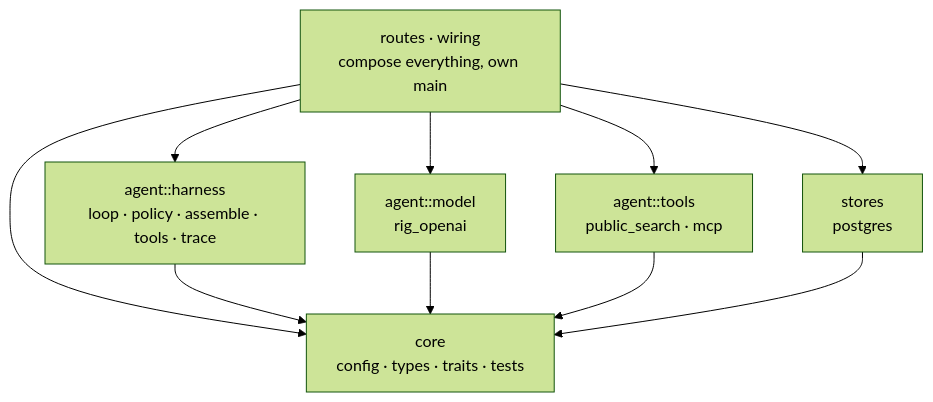
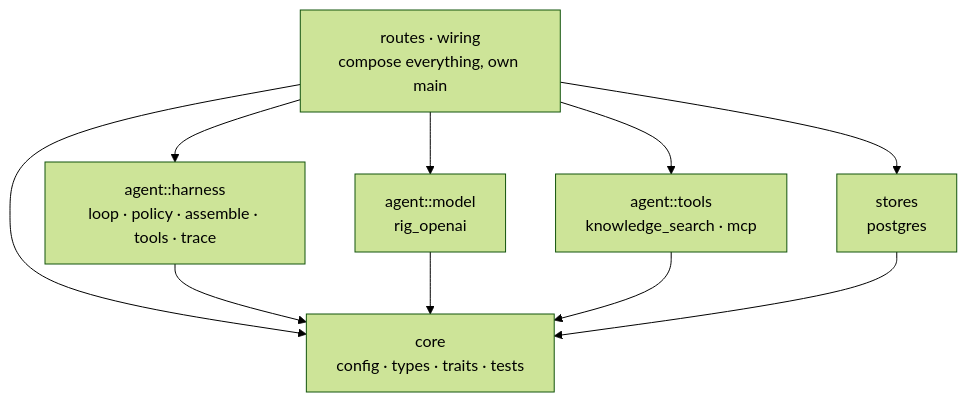
One commit to ashworks1706/SparkyAI changed the second of 9 diagrams in docs/ARCHITECTURE.md. Above: the diagram before and after it, drawn with Mermaid (forest theme). The commit also changed 14 other files, not shown here.

````diff
--- a/docs/ARCHITECTURE.md
+++ b/docs/ARCHITECTURE.md
@@ -111,19 +111,19 @@
 ```mermaid
 flowchart TD
     ROUTES["routes · wiring<br/>compose everything, own main"]
     HARNESS["agent::harness<br/>loop · policy · assemble · tools · trace"]
     MODEL["agent::model<br/>rig_openai"]
-    TOOLS["agent::tools<br/>public_search · mcp"]
+    TOOLS["agent::tools<br/>knowledge_search · mcp"]
     STORES["stores<br/>postgres"]
     CORE["core<br/>config · types · traits · tests"]
 
     ROUTES --> HARNESS
     ROUTES --> MODEL
     ROUTES --> TOOLS
     ROUTES --> STORES
     ROUTES --> CORE
     HARNESS --> CORE
     MODEL --> CORE
     TOOLS --> CORE
     STORES --> CORE
 ```
````
